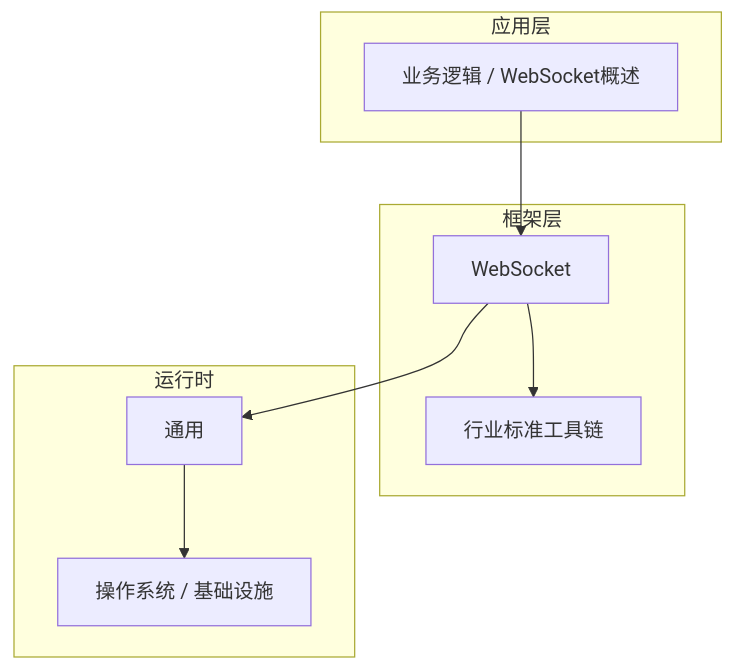
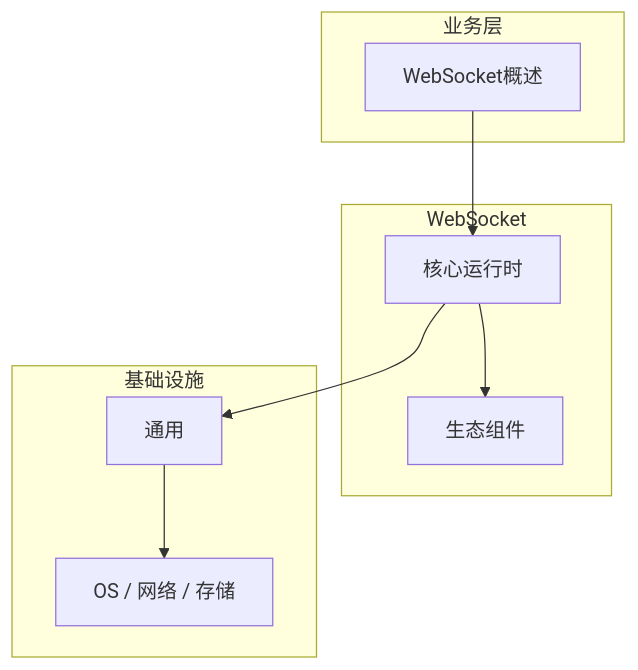
One commit to yanggan2015/knowledge-json-v2 changed the diagram in articles/WebSocket/chapters/001-WebSocket概述核心概念与原理.md. Above: the diagram before and after it, drawn with Mermaid. The commit also changed other lines of this file and 10127 other files, not shown here.

````diff
--- a/articles/WebSocket/chapters/001-WebSocket概述核心概念与原理.md
+++ b/articles/WebSocket/chapters/001-WebSocket概述核心概念与原理.md
@@ -45,18 +34,18 @@
 ```mermaid
 graph TB
-    subgraph 应用层
-        A[业务逻辑 / WebSocket概述]
+    subgraph 业务层
+        A[WebSocket概述]
     end
-    subgraph 框架层
-        B[WebSocket]
-        C[行业标准工具链]
+    subgraph WebSocket
+        B[核心运行时]
+        C[生态组件]
     end
-    subgraph 运行时
+    subgraph 基础设施
         D[通用]
-        E[操作系统 / 基础设施]
+        E[OS / 网络 / 存储]
     end
     A --> B
     B --> C
     B --> D
     D --> E
 ```
````
